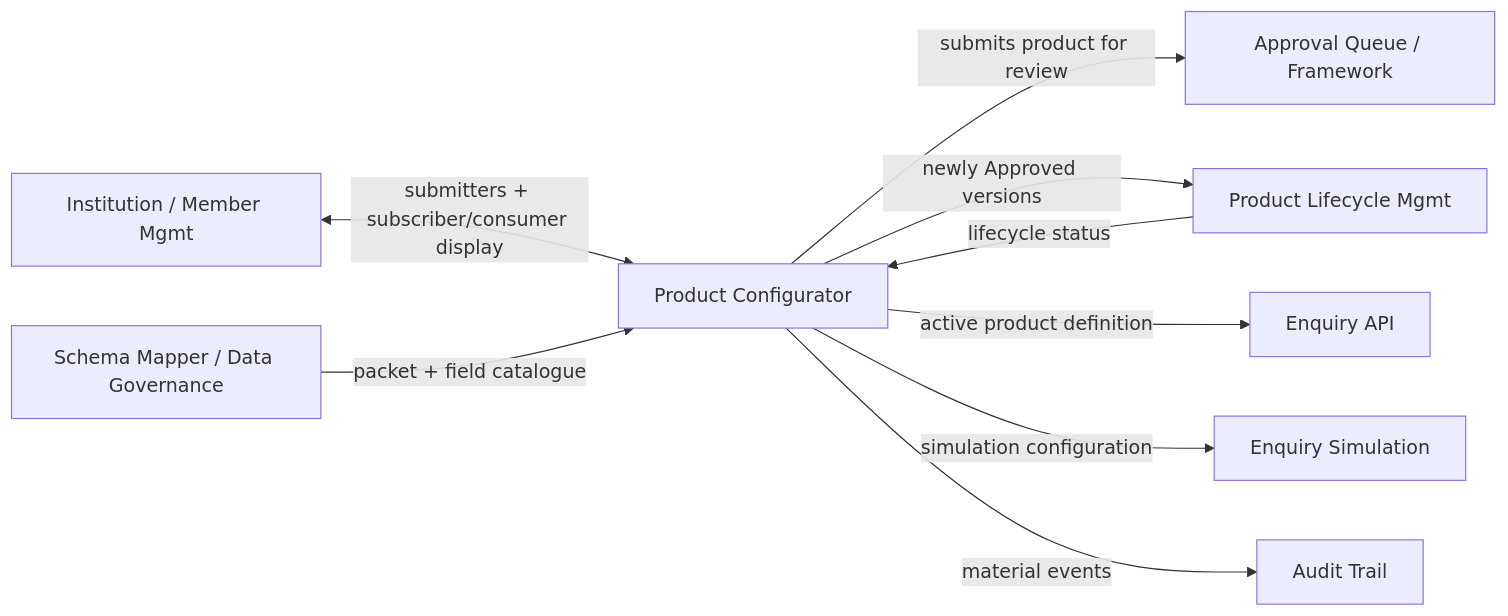
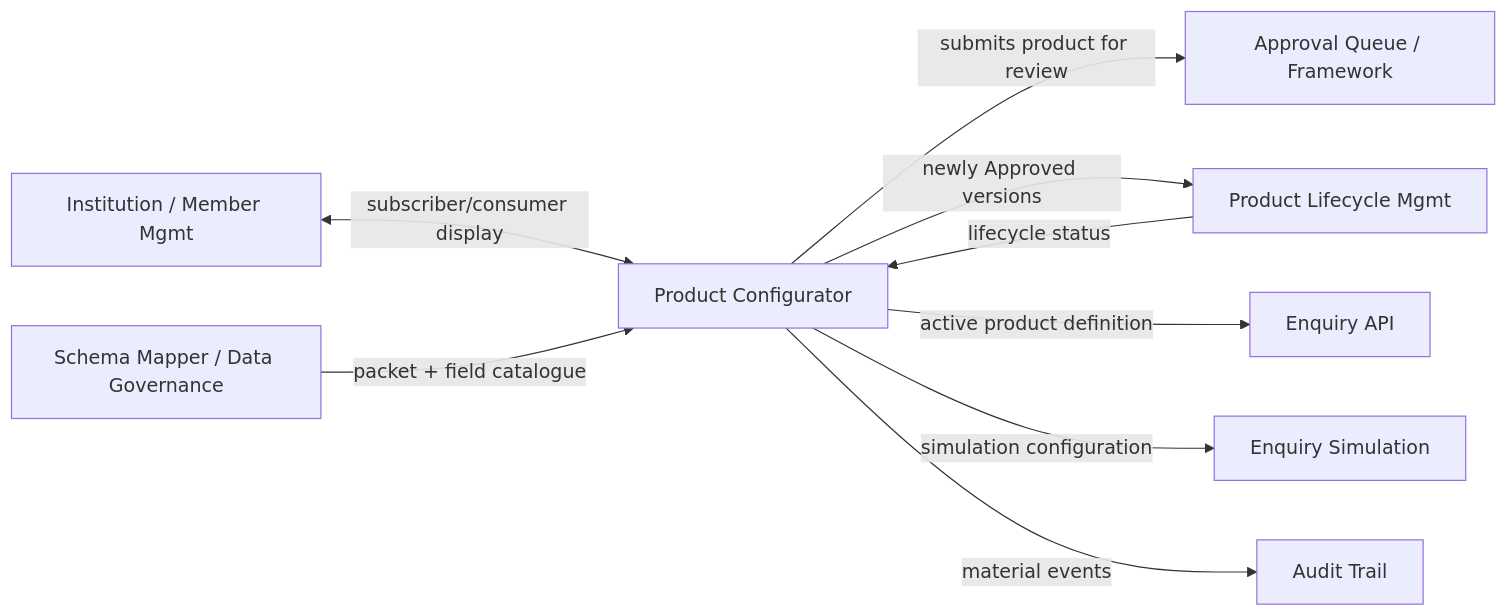
The first of 3 diagrams in docs/BRD-Product-Configurator.md (ashutoshbelulkar-coder/credit-harmony), drawn with Mermaid before and after one commit. The commit also changed other lines of this file and 2 other files, not shown here.

First line of the commit message:
fix(data-products): narrow Traceability to packets and product

````diff
--- a/docs/BRD-Product-Configurator.md
+++ b/docs/BRD-Product-Configurator.md
@@ -95,11 +96,11 @@
 ```mermaid
 flowchart LR
-  MM["Institution / Member Mgmt"] <-->|"submitters + subscriber/consumer display"| PC["Product Configurator"]
+  MM["Institution / Member Mgmt"] <-->|"subscriber/consumer display"| PC["Product Configurator"]
   SM["Schema Mapper / Data Governance"] -->|"packet + field catalogue"| PC
   PC -->|"submits product for review"| AQ["Approval Queue / Framework"]
   PLM["Product Lifecycle Mgmt"] -->|"lifecycle status"| PC
   PC -->|"newly Approved versions"| PLM
   PC -->|"active product definition"| EA["Enquiry API"]
   PC -->|"simulation configuration"| ES["Enquiry Simulation"]
   PC -->|"material events"| AL["Audit Trail"]
 ```
````
